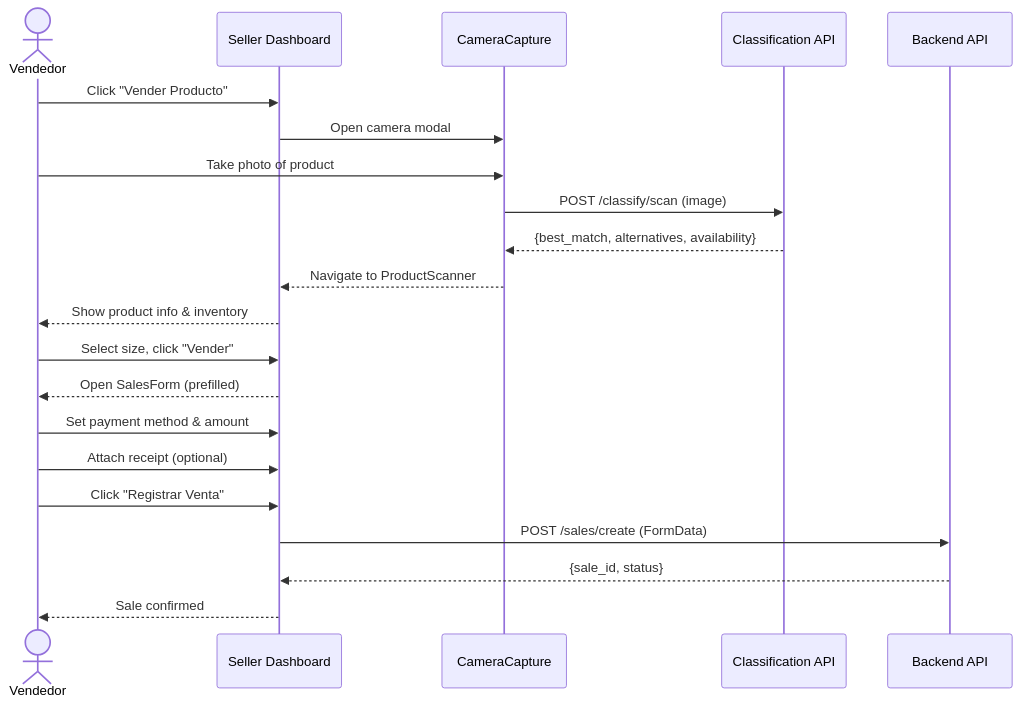
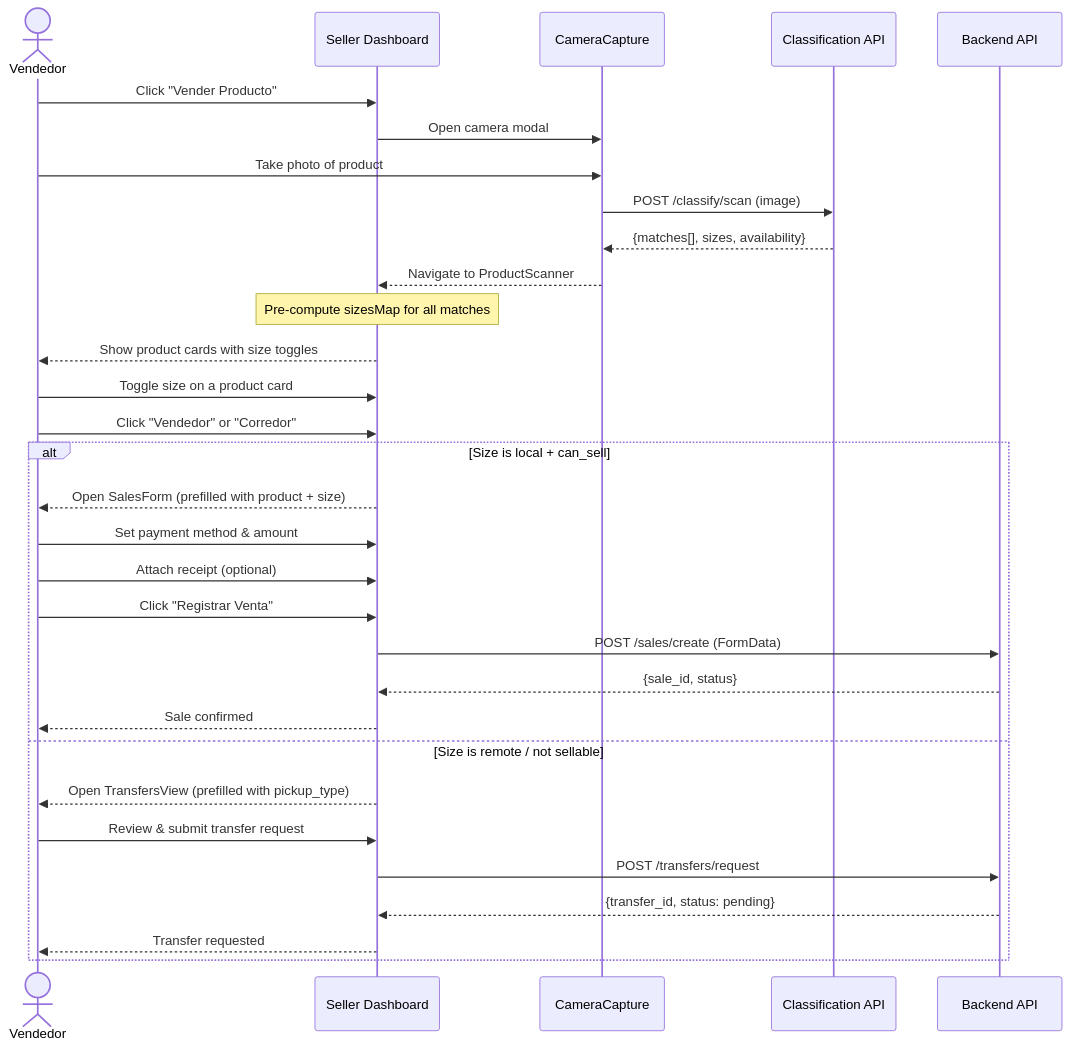
One commit to wallblue4/frontend-tustockya changed the fifth of 8 diagrams in Front/docs/vendedor.md. Above: the diagram before and after it, drawn with Mermaid. The commit also changed other lines of this file and 4 other files, not shown here.

Commit message:
Refactor user flow in ProductScanner and enhance TransfersView to support direct action for product sales and transfers. Update ProductOptionsCard to handle size selection and improve UI for better user experience.

````diff
--- a/Front/docs/vendedor.md
+++ b/Front/docs/vendedor.md
@@ -131,27 +148,37 @@
 ```mermaid
 sequenceDiagram
     actor V as Vendedor
     participant App as Seller Dashboard
     participant Cam as CameraCapture
     participant AI as Classification API
     participant API as Backend API
 
     V->>App: Click "Vender Producto"
     App->>Cam: Open camera modal
     V->>Cam: Take photo of product
     Cam->>AI: POST /classify/scan (image)
-    AI-->>Cam: {best_match, alternatives, availability}
+    AI-->>Cam: {matches[], sizes, availability}
     Cam-->>App: Navigate to ProductScanner
 
-    App-->>V: Show product info & inventory
-    V->>App: Select size, click "Vender"
-    App-->>V: Open SalesForm (prefilled)
+    Note over App: Pre-compute sizesMap for all matches
 
-    V->>App: Set payment method & amount
-    V->>App: Attach receipt (optional)
-    V->>App: Click "Registrar Venta"
+    App-->>V: Show product cards with size toggles
+    V->>App: Toggle size on a product card
+    V->>App: Click "Vendedor" or "Corredor"
 
-    App->>API: POST /sales/create (FormData)
-    API-->>App: {sale_id, status}
-    App-->>V: Sale confirmed
+    alt Size is local + can_sell
+        App-->>V: Open SalesForm (prefilled with product + size)
+        V->>App: Set payment method & amount
+        V->>App: Attach receipt (optional)
+        V->>App: Click "Registrar Venta"
+        App->>API: POST /sales/create (FormData)
+        API-->>App: {sale_id, status}
+        App-->>V: Sale confirmed
+    else Size is remote / not sellable
+        App-->>V: Open TransfersView (prefilled with pickup_type)
+        V->>App: Review & submit transfer request
+        App->>API: POST /transfers/request
+        API-->>App: {transfer_id, status: pending}
+        App-->>V: Transfer requested
+    end
 ```
````
